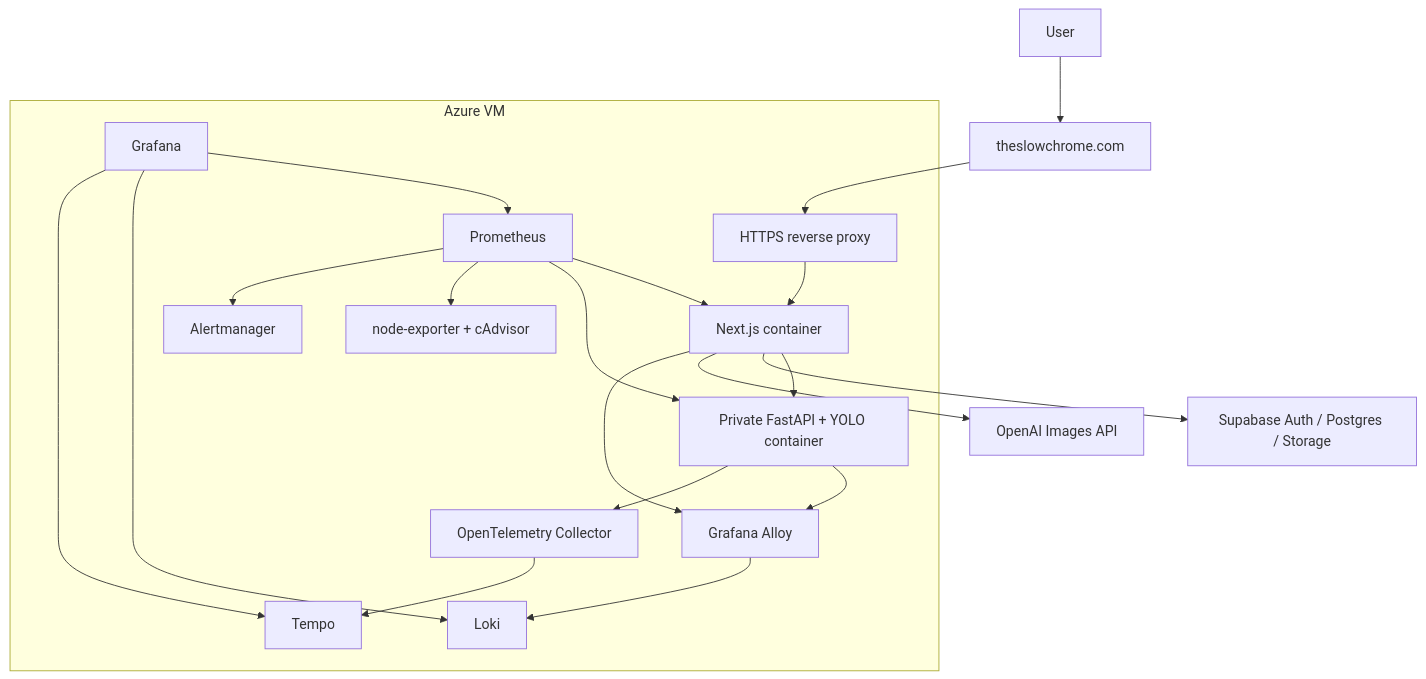
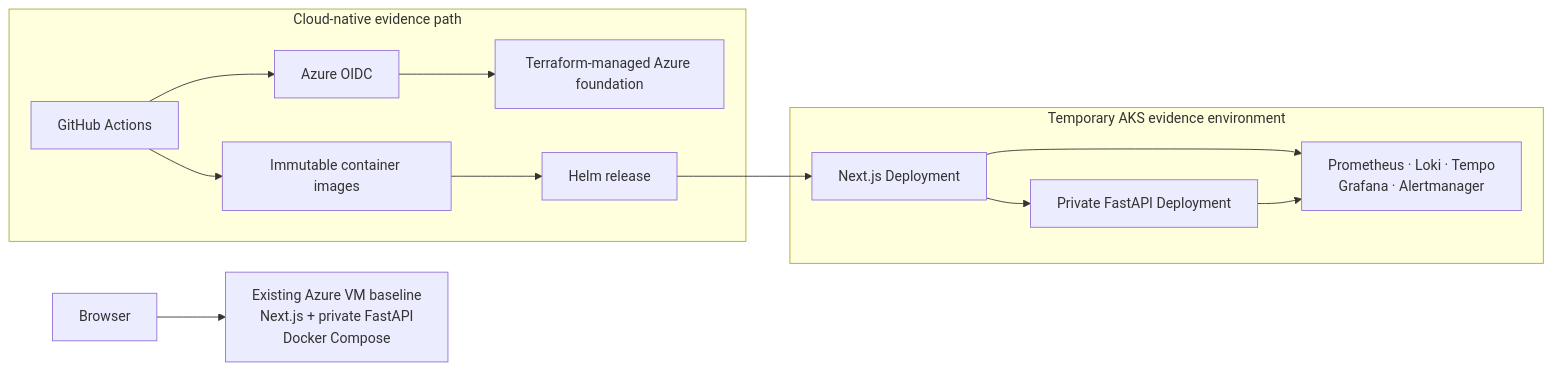
The diagram in README.md (hzzcoding/SlowChrome-Showcase), drawn with Mermaid before and after one commit. The commit also changed other lines of this file and 4 other files, not shown here.

Commit message:
docs: showcase AKS operations evidence

````diff
--- a/README.md
+++ b/README.md
@@ -62,33 +53,19 @@
 ```mermaid
-flowchart TD
-    user["User"] --> domain["theslowchrome.com"]
-    domain --> proxy["HTTPS reverse proxy"]
+flowchart LR
+    user["Browser"] --> vm["Existing Azure VM baseline\nNext.js + private FastAPI\nDocker Compose"]
 
-    subgraph vm["Azure VM"]
-        proxy --> frontend["Next.js container"]
-        frontend --> backend["Private FastAPI + YOLO container"]
-        prometheus["Prometheus"]
-        grafana["Grafana"]
-        loki["Loki"]
-        tempo["Tempo"]
-        alloy["Grafana Alloy"]
-        otel["OpenTelemetry Collector"]
-        alertmanager["Alertmanager"]
-        host["node-exporter + cAdvisor"]
+    subgraph delivery["Cloud-native evidence path"]
+        gha["GitHub Actions"] --> oidc["Azure OIDC"]
+        oidc --> tf["Terraform-managed Azure foundation"]
+        gha --> images["Immutable container images"]
+        images --> helm["Helm release"]
     end
 
-    frontend --> supabase["Supabase Auth / Postgres / Storage"]
-    frontend --> openai["OpenAI Images API"]
-    prometheus --> frontend
-    prometheus --> backend
-    prometheus --> host
-    frontend --> alloy
-    backend --> alloy
-    alloy --> loki
-    backend --> otel
-    otel --> tempo
-    prometheus --> alertmanager
-    grafana --> prometheus
-    grafana --> loki
-    grafana --> tempo
+    subgraph aks["Temporary AKS evidence environment"]
+        helm --> web["Next.js Deployment"]
+        web --> api["Private FastAPI Deployment"]
+        obs["Prometheus · Loki · Tempo\nGrafana · Alertmanager"]
+        web --> obs
+        api --> obs
+    end
 ```
````
